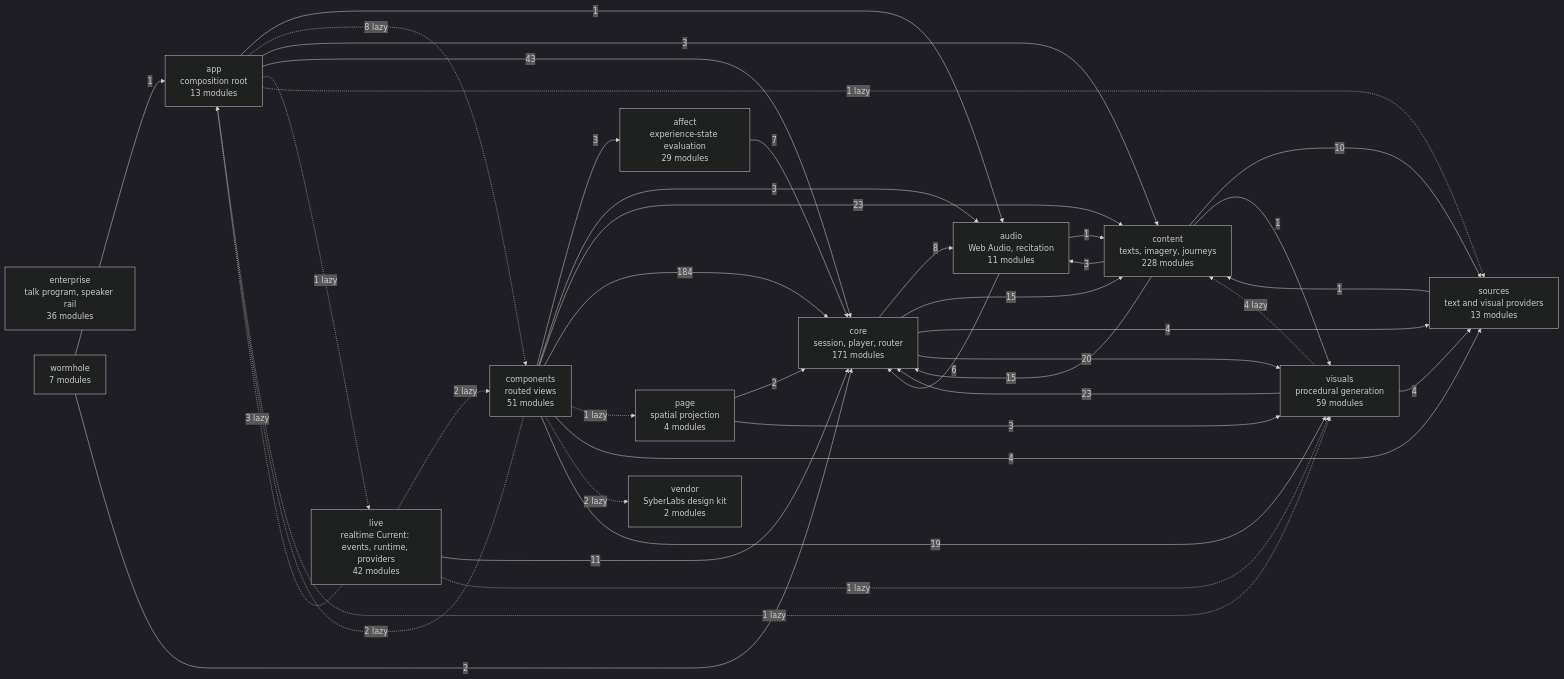
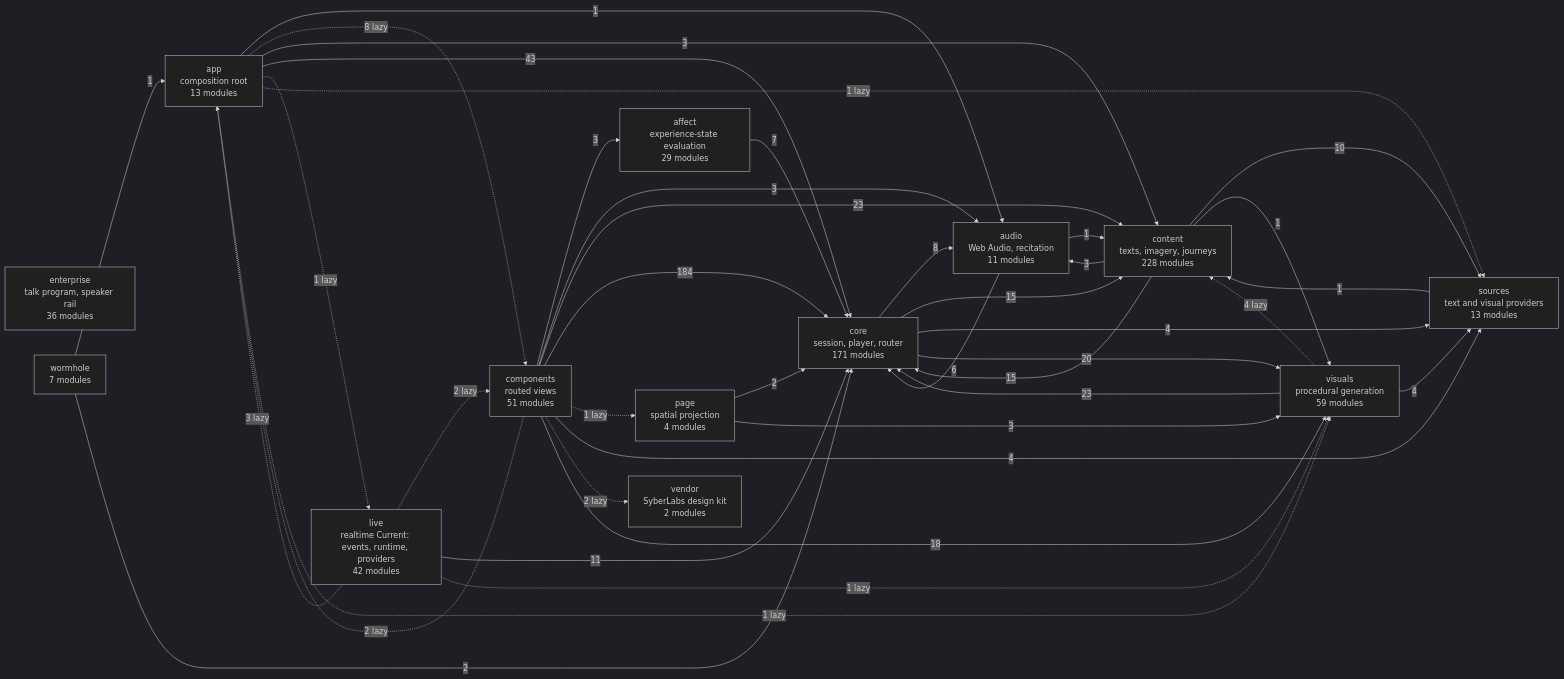
The diagram in docs/specs/ARCHITECTURE.md (SyberLabs/RISE), drawn with Mermaid (dark theme) before and after one commit. The commit also changed 10 other files, not shown here.

````diff
--- a/docs/specs/ARCHITECTURE.md
+++ b/docs/specs/ARCHITECTURE.md
@@ -154,56 +154,56 @@
 ```mermaid
 flowchart LR
     affect["affect<br/>experience-state evaluation<br/>29 modules"]
     app["app<br/>composition root<br/>13 modules"]
     audio["audio<br/>Web Audio, recitation<br/>11 modules"]
     components["components<br/>routed views<br/>51 modules"]
     content["content<br/>texts, imagery, journeys<br/>228 modules"]
     core["core<br/>session, player, router<br/>171 modules"]
     enterprise["enterprise<br/>talk program, speaker rail<br/>36 modules"]
     live["live<br/>realtime Current: events, runtime, providers<br/>42 modules"]
     page["page<br/>spatial projection<br/>4 modules"]
     sources["sources<br/>text and visual providers<br/>13 modules"]
     vendor["vendor<br/>SyberLabs design kit<br/>2 modules"]
     visuals["visuals<br/>procedural generation<br/>59 modules"]
     wormhole["wormhole<br/>7 modules"]
 
     affect --> |7| core
     app --> |1| audio
     app -.-> |8 lazy| components
     app --> |3| content
     app --> |43| core
     app -.-> |1 lazy| live
     app -.-> |1 lazy| sources
     app -.-> |1 lazy| visuals
     audio --> |1| content
     audio --> |6| core
     components --> |3| affect
     components -.-> |2 lazy| app
     components --> |3| audio
     components --> |23| content
     components --> |184| core
     components -.-> |1 lazy| page
     components --> |4| sources
     components -.-> |2 lazy| vendor
-    components --> |19| visuals
+    components --> |18| visuals
     content --> |3| audio
     content --> |15| core
     content --> |10| sources
     content --> |1| visuals
     core --> |8| audio
     core --> |15| content
     core --> |4| sources
     core --> |20| visuals
     live -.-> |3 lazy| app
     live -.-> |2 lazy| components
     live --> |11| core
     live -.-> |1 lazy| visuals
     page --> |2| core
     page --> |3| visuals
     sources --> |1| content
     visuals -.-> |4 lazy| content
     visuals --> |23| core
     visuals --> |4| sources
     wormhole --> |1| app
     wormhole --> |2| core
 ```
````
